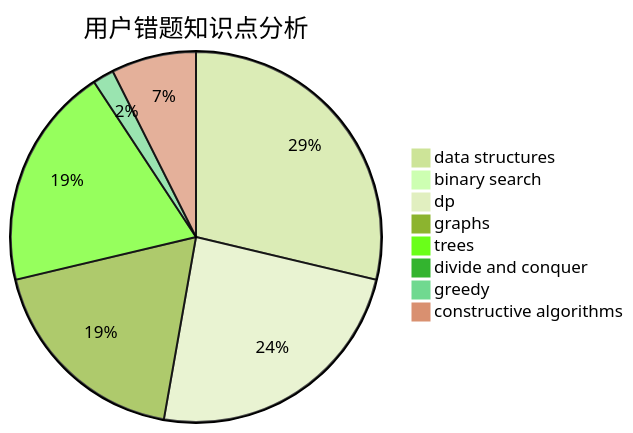
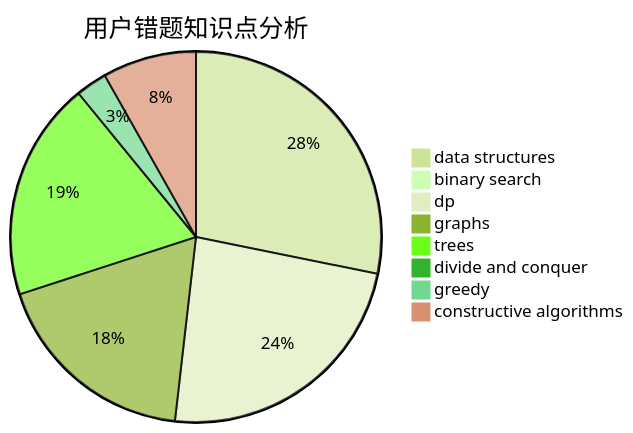
One commit to sherpahu/cfrs.github.io changed the third of 3 diagrams in docs/user/u2080.md. Above: the diagram before and after it, drawn with Mermaid (forest theme). The commit also changed other lines of this file and 2770 other files, not shown here.

````diff
--- a/docs/user/u2080.md
+++ b/docs/user/u2080.md
@@ -36,11 +36,11 @@
 ```mermaid
 pie title 用户错题知识点分析
     "data structures" :  31
     "binary search" :  0
     "dp" :  26
     "graphs" :  20
     "trees" :  21
     "divide and conquer" :  0
-    "greedy" :  2
-    "constructive algorithms" :  8
+    "greedy" :  3
+    "constructive algorithms" :  9
 ```
````
